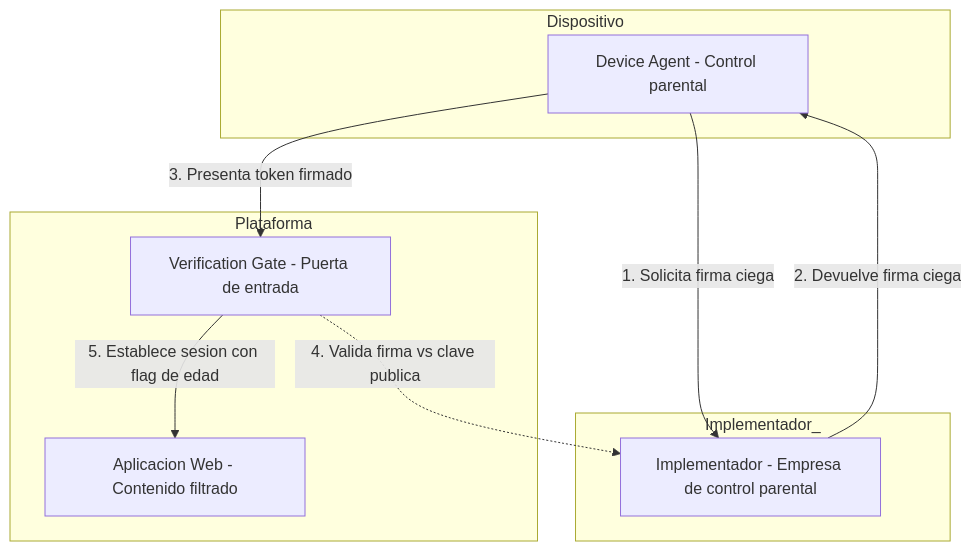
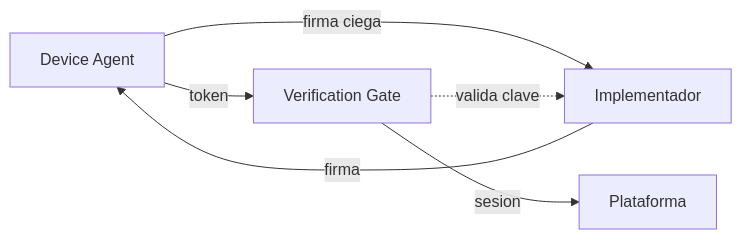
The second of 13 diagrams in README.md (jorgej-ramos/AAVP), drawn with Mermaid before and after one commit. The commit also changed other lines of this file, not shown here.

First line of the commit message:
Refactor README structure and update diagrams

````diff
--- a/README.md
+++ b/README.md
@@ -152,19 +126,8 @@
 ```mermaid
-graph TB
-    subgraph Dispositivo
-        DA[Device Agent - Control parental]
-    end
-    subgraph Implementador_
-        IM[Implementador - Empresa de control parental]
-    end
-    subgraph Plataforma
-        VG[Verification Gate - Puerta de entrada]
-        APP[Aplicacion Web - Contenido filtrado]
-    end
-
-    DA -- "1. Solicita firma ciega" --> IM
-    IM -- "2. Devuelve firma ciega" --> DA
-    DA -- "3. Presenta token firmado" --> VG
-    VG -. "4. Valida firma vs clave publica" .-> IM
-    VG -- "5. Establece sesion con flag de edad" --> APP
+graph LR
+    DA[Device Agent] -->|firma ciega| IM[Implementador]
+    IM -->|firma| DA
+    DA -->|token| VG[Verification Gate]
+    VG -.->|valida clave| IM
+    VG -->|sesion| APP[Plataforma]
 ```
````
